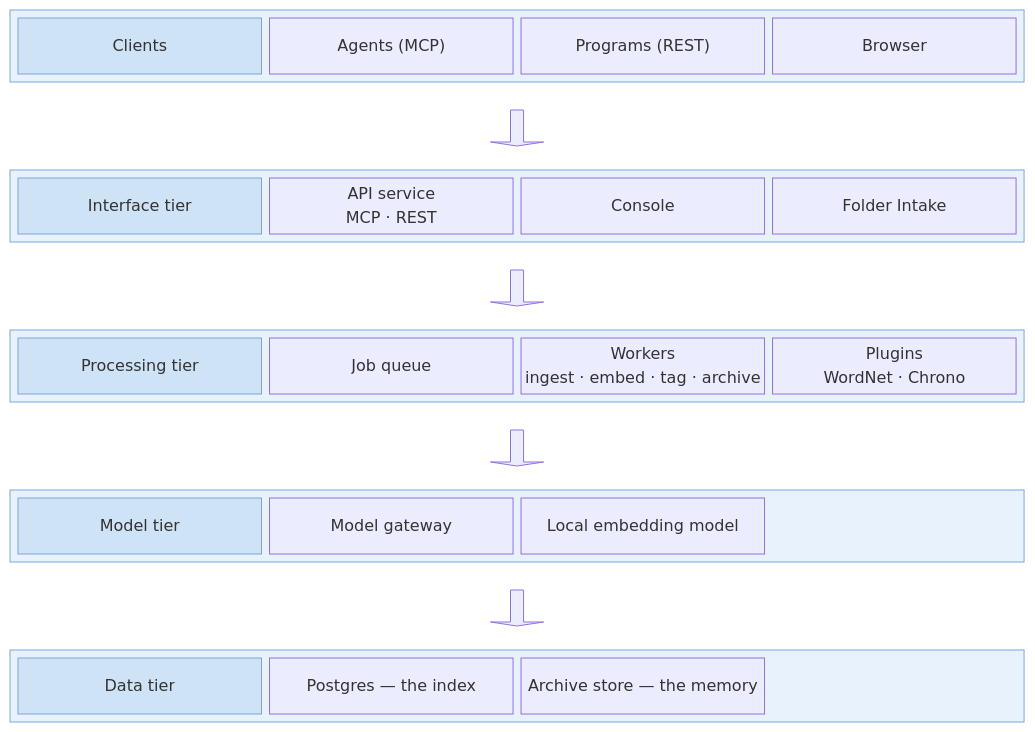
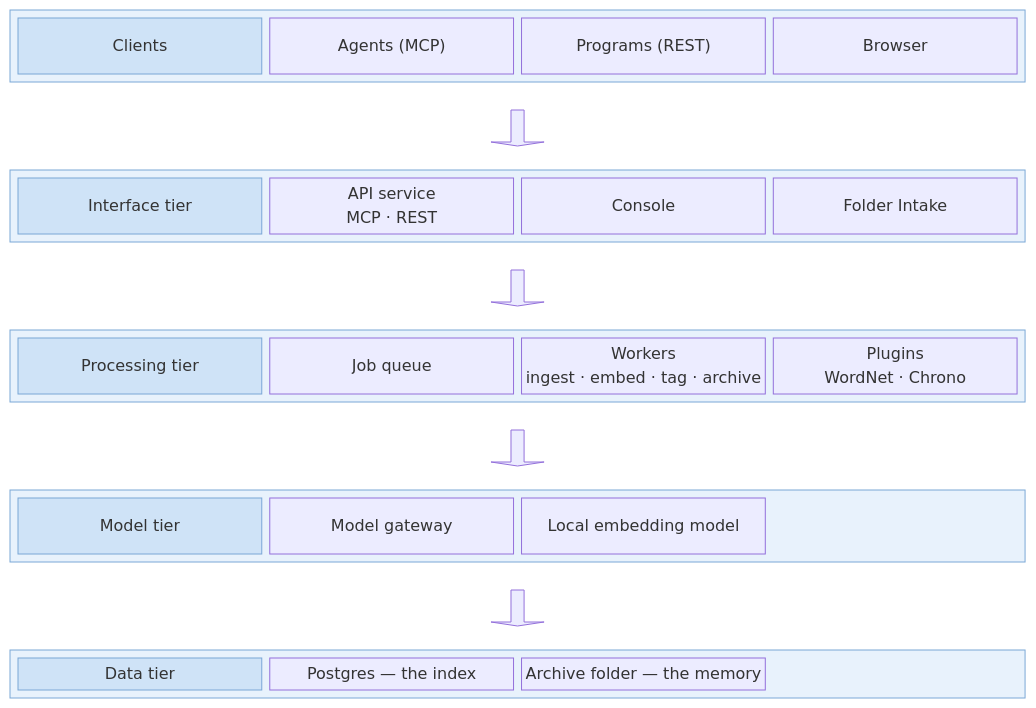
One commit to everythingmemory/home changed the diagram in docs/architecture/microservice-architecture.md. Above: the diagram before and after it, drawn with Mermaid. The commit also changed other lines of this file and 17 other files, not shown here.

````diff
--- a/docs/architecture/microservice-architecture.md
+++ b/docs/architecture/microservice-architecture.md
@@ -7,38 +7,38 @@
 ```mermaid
 block-beta
   columns 1
   block:clients
     columns 4
     l0["Clients"] agent["Agents (MCP)"] prog["Programs (REST)"] browser["Browser"]
   end
   a1<["&nbsp;"]>(down)
   block:iface
     columns 4
     l1["Interface tier"] engine["API service<br/>MCP · REST"] console["Console"] door["Folder Intake"]
   end
   a2<["&nbsp;"]>(down)
   block:proc
     columns 4
     l2["Processing tier"] redis["Job queue"] workers["Workers<br/>ingest · embed · tag · archive"] plugins["Plugins<br/>WordNet · Chrono"]
   end
   a3<["&nbsp;"]>(down)
   block:models
     columns 4
     l3["Model tier"] gateway["Model gateway"] embed["Local embedding model"] space
   end
   a4<["&nbsp;"]>(down)
   block:data
     columns 4
-    l4["Data tier"] pg["Postgres — the index"] archive["Archive store — the memory"] space
+    l4["Data tier"] pg["Postgres — the index"] archive["Archive folder — the memory"] space
   end
   style clients fill:#e8f2fc,stroke:#7aa7d6
   style iface fill:#e8f2fc,stroke:#7aa7d6
   style proc fill:#e8f2fc,stroke:#7aa7d6
   style models fill:#e8f2fc,stroke:#7aa7d6
   style data fill:#e8f2fc,stroke:#7aa7d6
   style l0 fill:#cfe3f7,stroke:#7aa7d6,color:#0b2a4a
   style l1 fill:#cfe3f7,stroke:#7aa7d6,color:#0b2a4a
   style l2 fill:#cfe3f7,stroke:#7aa7d6,color:#0b2a4a
   style l3 fill:#cfe3f7,stroke:#7aa7d6,color:#0b2a4a
   style l4 fill:#cfe3f7,stroke:#7aa7d6,color:#0b2a4a
 ```
````
